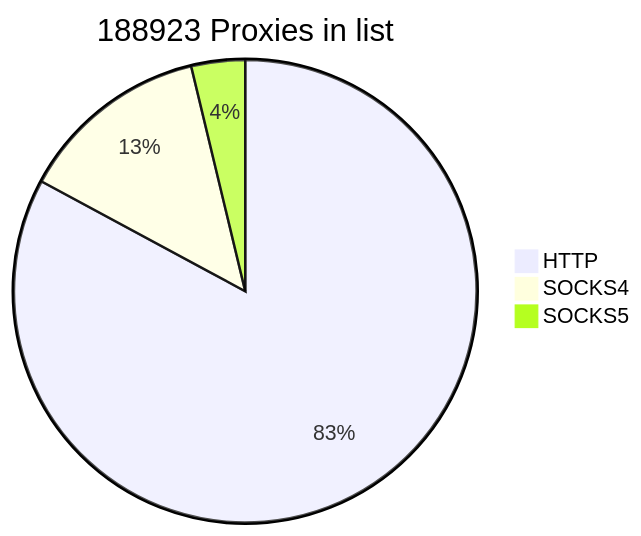
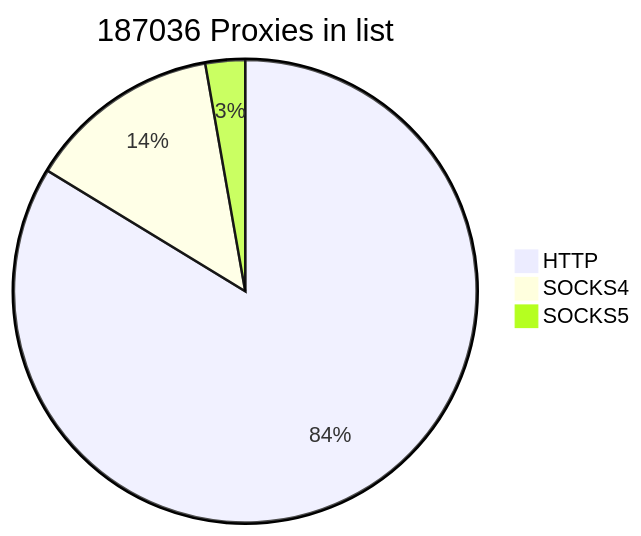
Before and after one commit to cutipu/proxylist: the first of 2 diagrams in README.md, drawn with Mermaid. The commit also changed other lines of this file, not shown here.

````diff
--- a/README.md
+++ b/README.md
@@ -2,7 +2,7 @@
 ```mermaid
-pie title 188923 Proxies in list
-    "HTTP" : 156558
+pie title 187036 Proxies in list
+    "HTTP" : 156580
     "SOCKS4" : 25271
-    "SOCKS5" : 7094
+    "SOCKS5" : 5185
             
 ```
````
